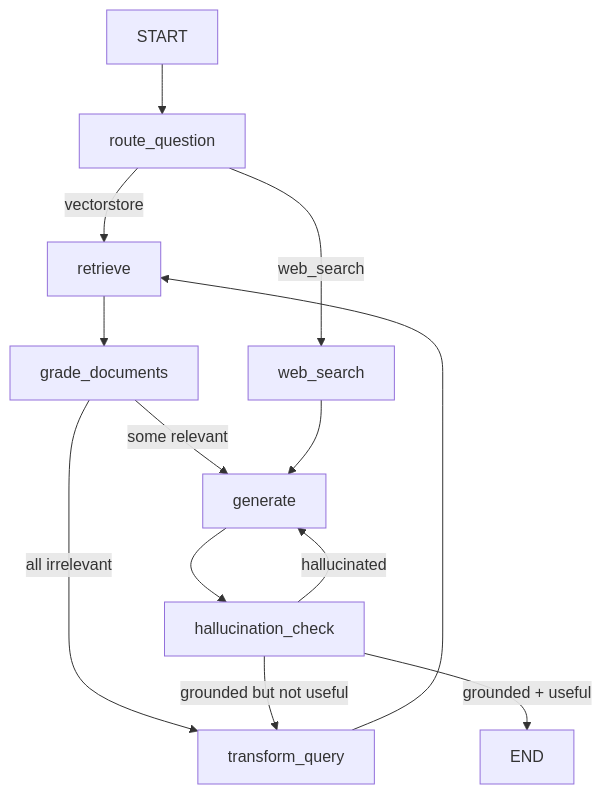
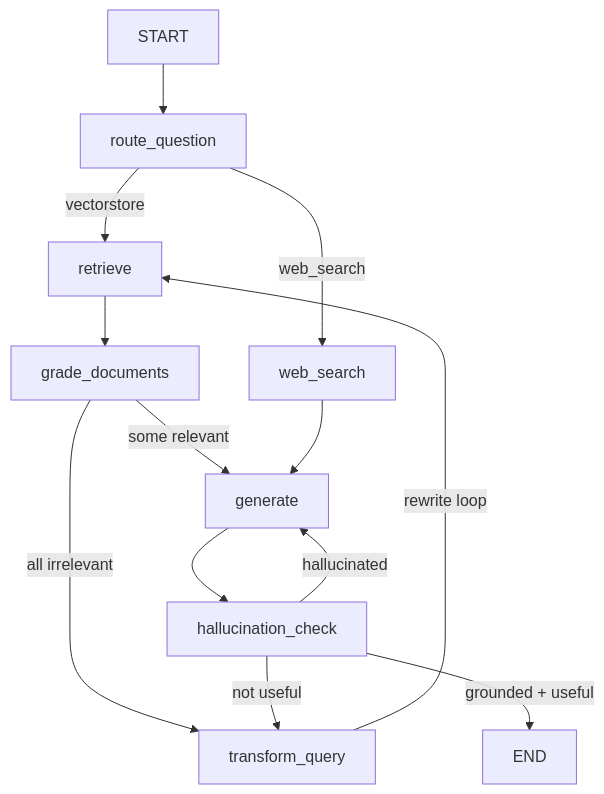
The diagram in README.md (emersonheto/certilab-adaptive-rag), drawn with Mermaid before and after one commit. The commit also changed other lines of this file, not shown here.

Commit message:
docs: update README with full ingestion pipeline, real stack, and architecture details

````diff
--- a/README.md
+++ b/README.md
@@ -9,15 +24,15 @@
 ```mermaid
 flowchart TD
     START --> route_question
     route_question -->|vectorstore| retrieve
     route_question -->|web_search| web_search
     retrieve --> grade_documents
     grade_documents -->|all irrelevant| transform_query
     grade_documents -->|some relevant| generate
-    transform_query --> retrieve
+    transform_query -->|rewrite loop| retrieve
     web_search --> generate
     generate --> hallucination_check
     hallucination_check -->|hallucinated| generate
     hallucination_check -->|grounded + useful| END
-    hallucination_check -->|grounded but not useful| transform_query
+    hallucination_check -->|not useful| transform_query
 ```
````
